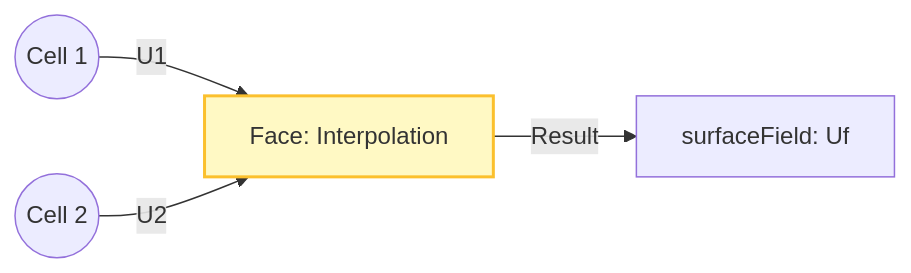
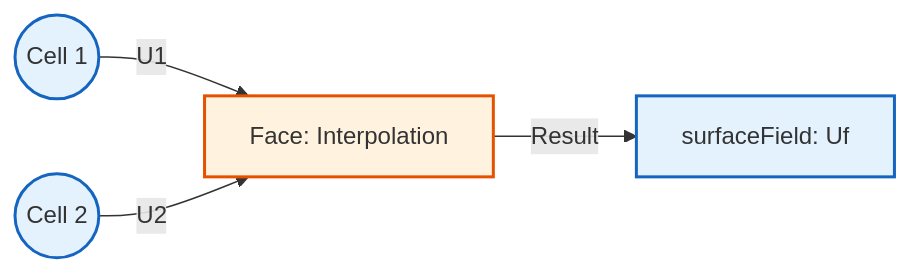
The diagram in MODULE_05_OPENFOAM_PROGRAMMING/CONTENT/08_FIELD_TYPES/03_Surface_Fields.md (wramet/build-my-cfd), drawn with Mermaid before and after one commit. The commit also changed 313 other files, not shown here.

Commit message:
Revise all diagram

````diff
--- a/MODULE_05_OPENFOAM_PROGRAMMING/CONTENT/08_FIELD_TYPES/03_Surface_Fields.md
+++ b/MODULE_05_OPENFOAM_PROGRAMMING/CONTENT/08_FIELD_TYPES/03_Surface_Fields.md
@@ -62,8 +62,10 @@
 ```mermaid
 graph LR
-    C1((Cell 1)) -- "U1" --> F[Face: Interpolation]
-    C2((Cell 2)) -- "U2" --> F
-    F -- "Result" --> Uf[surfaceField: Uf]
-
-    style F fill:#fff9c4,stroke:#fbc02d,stroke-width:2px
+%% Classes
+classDef explicit fill:#fff3e0,stroke:#e65100,stroke-width:2px;
+classDef implicit fill:#e3f2fd,stroke:#1565c0,stroke-width:2px;
+%% Nodes
+C1((Cell 1)):::implicit -- "U1" --> F[Face: Interpolation]:::explicit
+C2((Cell 2)):::implicit -- "U2" --> F
+F -- "Result" --> Uf[surfaceField: Uf]:::implicit
 ```
````
